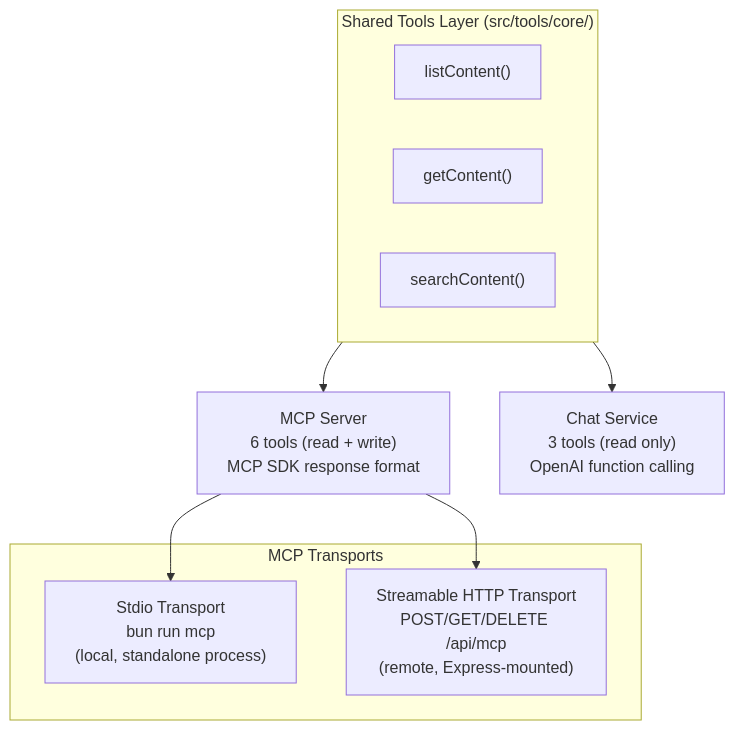
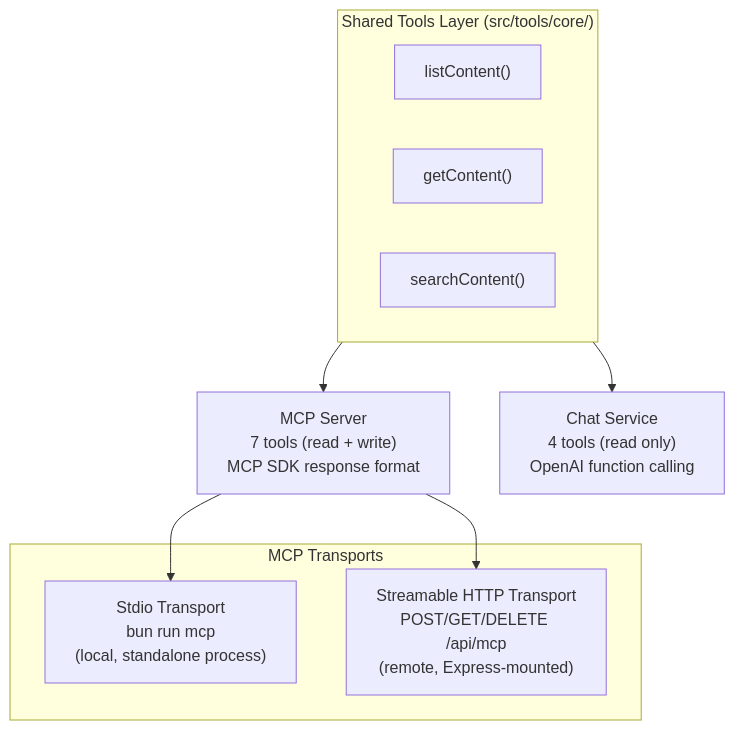
The first of 4 diagrams in docs-site/integrations/mcp-server.md (spencerjireh/folionaut), drawn with Mermaid before and after one commit. The commit also changed other lines of this file and 7 other files, not shown here.

````diff
--- a/docs-site/integrations/mcp-server.md
+++ b/docs-site/integrations/mcp-server.md
@@ -17,21 +17,21 @@
 ```mermaid
 flowchart TB
     subgraph SharedTools["Shared Tools Layer (src/tools/core/)"]
         List["listContent()"]
         Get["getContent()"]
         Search["searchContent()"]
     end
 
     subgraph Transports["MCP Transports"]
         Stdio["Stdio Transport\nbun run mcp\n(local, standalone process)"]
         HTTP["Streamable HTTP Transport\nPOST/GET/DELETE /api/mcp\n(remote, Express-mounted)"]
     end
 
-    MCP["MCP Server\n6 tools (read + write)\nMCP SDK response format"]
-    Chat["Chat Service\n3 tools (read only)\nOpenAI function calling"]
+    MCP["MCP Server\n7 tools (read + write)\nMCP SDK response format"]
+    Chat["Chat Service\n4 tools (read only)\nOpenAI function calling"]
 
     SharedTools --> MCP
     SharedTools --> Chat
     MCP --> Stdio
     MCP --> HTTP
 ```
````
